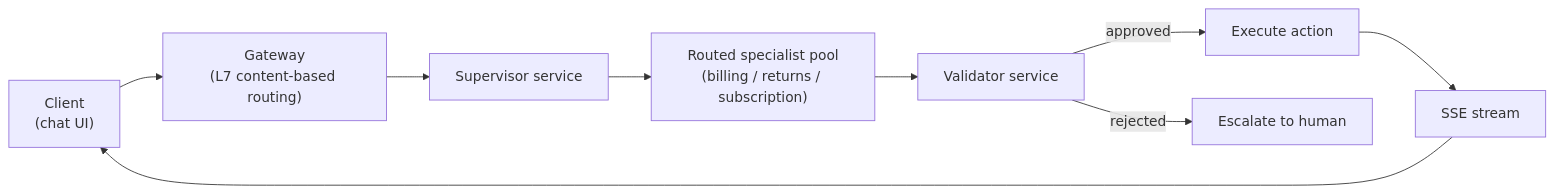
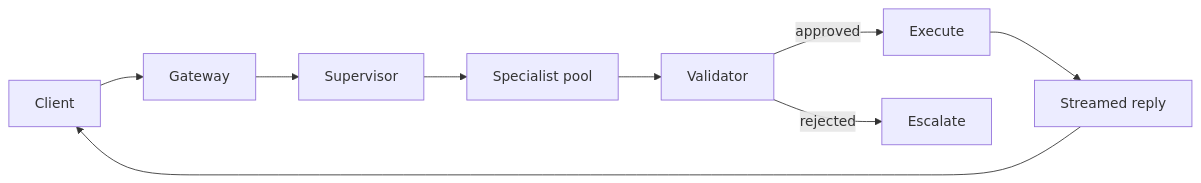
The second of 2 diagrams in case-studies/multi-agent-customer-support/README.md (romancobblepot/AI-system-design-primer), drawn with Mermaid before and after one commit. The commit also changed other lines of this file and 49 other files, not shown here.

````diff
--- a/case-studies/multi-agent-customer-support/README.md
+++ b/case-studies/multi-agent-customer-support/README.md
@@ -248,11 +232,11 @@
 ```mermaid
 flowchart LR
-    C["Client\n(chat UI)"] --> GW["Gateway\n(L7 content-based routing)"]
-    GW --> SUP["Supervisor service"]
-    SUP --> POOL["Routed specialist pool\n(billing / returns / subscription)"]
-    POOL --> VAL["Validator service"]
-    VAL -->|approved| EXEC["Execute action"]
-    VAL -->|rejected| ESC["Escalate to human"]
-    EXEC --> SSE["SSE stream"]
-    SSE --> C
+    C["Client"] --> GW["Gateway"]
+    GW --> SUP["Supervisor"]
+    SUP --> POOL["Specialist pool"]
+    POOL --> VAL["Validator"]
+    VAL -->|"approved"| EXEC["Execute"]
+    VAL -->|"rejected"| ESC["Escalate"]
+    EXEC --> STREAM["Streamed reply"]
+    STREAM --> C
 ```
````
